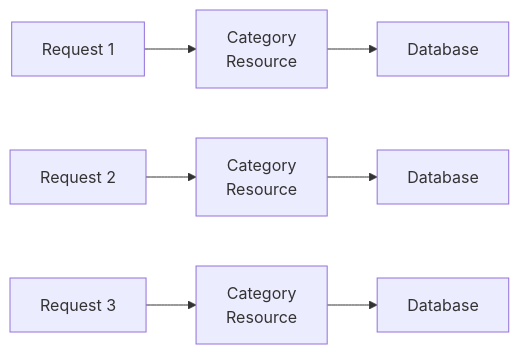
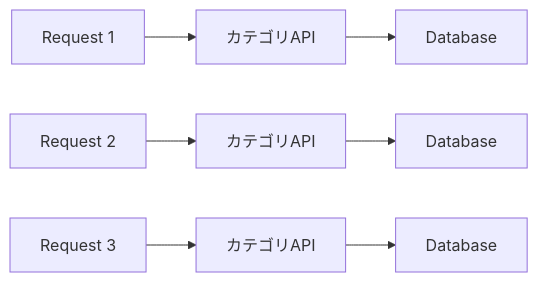
The fifth of 5 diagrams in projects/sdd/bookstore/back-office-api-sdd/specs/baseline/api/API_003_categories/functional_design.md (KenyaSaitoh/ai_driven_dev_202601), drawn with Mermaid before and after one commit. The commit also changed other lines of this file and 52 other files, not shown here.

````diff
--- a/projects/sdd/bookstore/back-office-api-sdd/specs/baseline/api/API_003_categories/functional_design.md
+++ b/projects/sdd/bookstore/back-office-api-sdd/specs/baseline/api/API_003_categories/functional_design.md
@@ -390,11 +347,11 @@
 ```mermaid
 graph LR
-    R1[Request 1] --> CR1[Category<br/>Resource]
-    CR1 --> DB1[Database]
+    R1[Request 1] --> API1[カテゴリAPI]
+    API1 --> DB1[Database]
     
-    R2[Request 2] --> CR2[Category<br/>Resource]
-    CR2 --> DB2[Database]
+    R2[Request 2] --> API2[カテゴリAPI]
+    API2 --> DB2[Database]
     
-    R3[Request 3] --> CR3[Category<br/>Resource]
-    CR3 --> DB3[Database]
+    R3[Request 3] --> API3[カテゴリAPI]
+    API3 --> DB3[Database]
 ```
````
